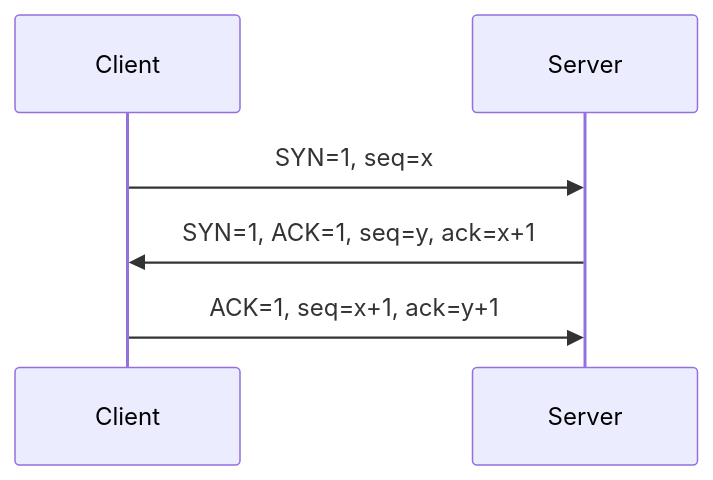
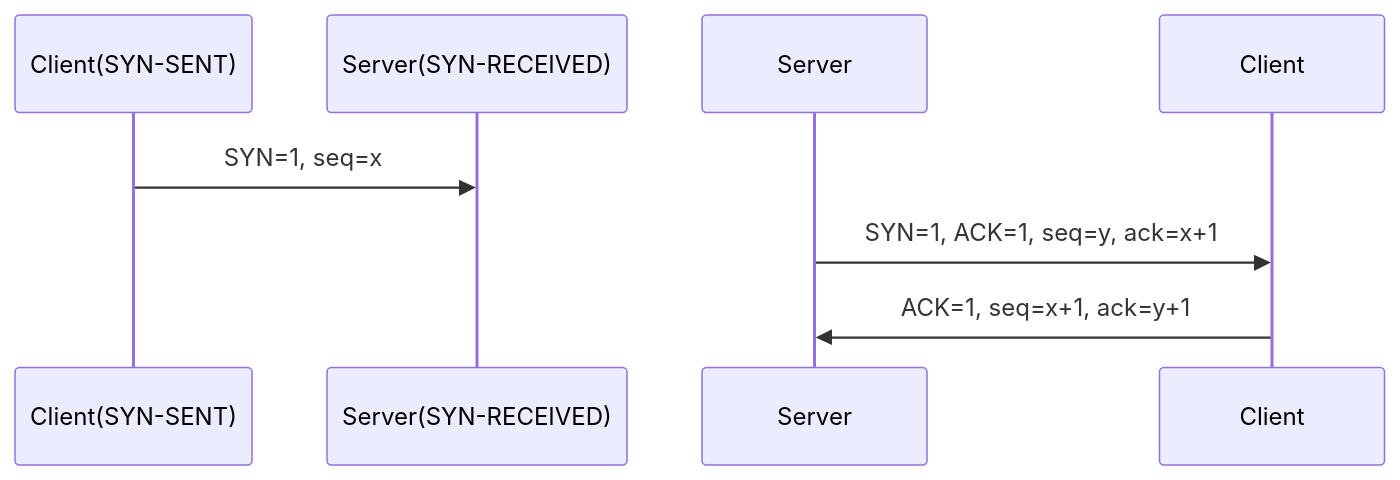
Before and after one commit to gaoweiwei53/note: the diagram in backend/net_op.md, drawn with Mermaid. The commit also changed other lines of this file, not shown here.

````diff
--- a/backend/net_op.md
+++ b/backend/net_op.md
@@ -33,6 +33,6 @@
 ```mermaid
 sequenceDiagram
-    Client->>Server: SYN=1, seq=x
+    Client(SYN-SENT)->>Server(SYN-RECEIVED): SYN=1, seq=x
     Server->>Client: SYN=1, ACK=1, seq=y, ack=x+1
     Client->>Server: ACK=1, seq=x+1, ack=y+1
 ```
````
